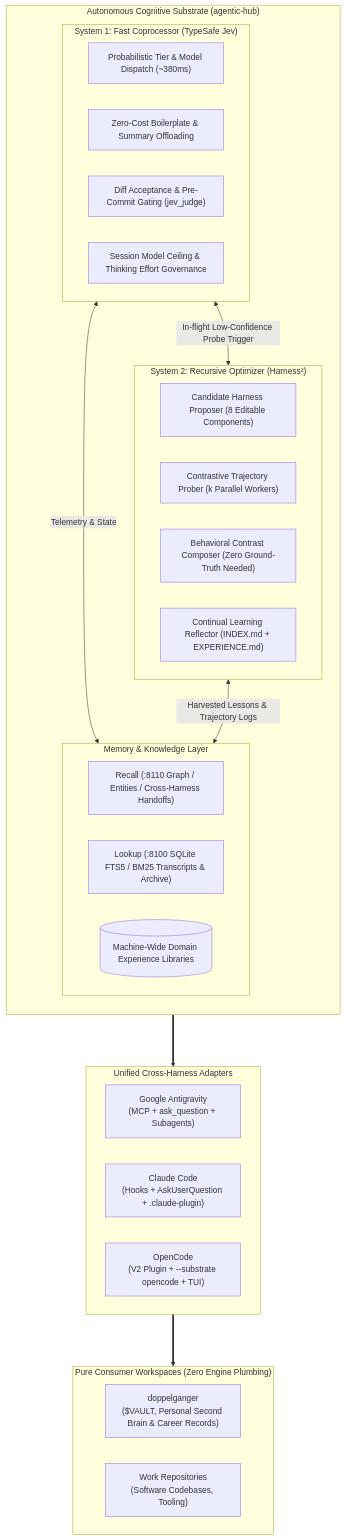
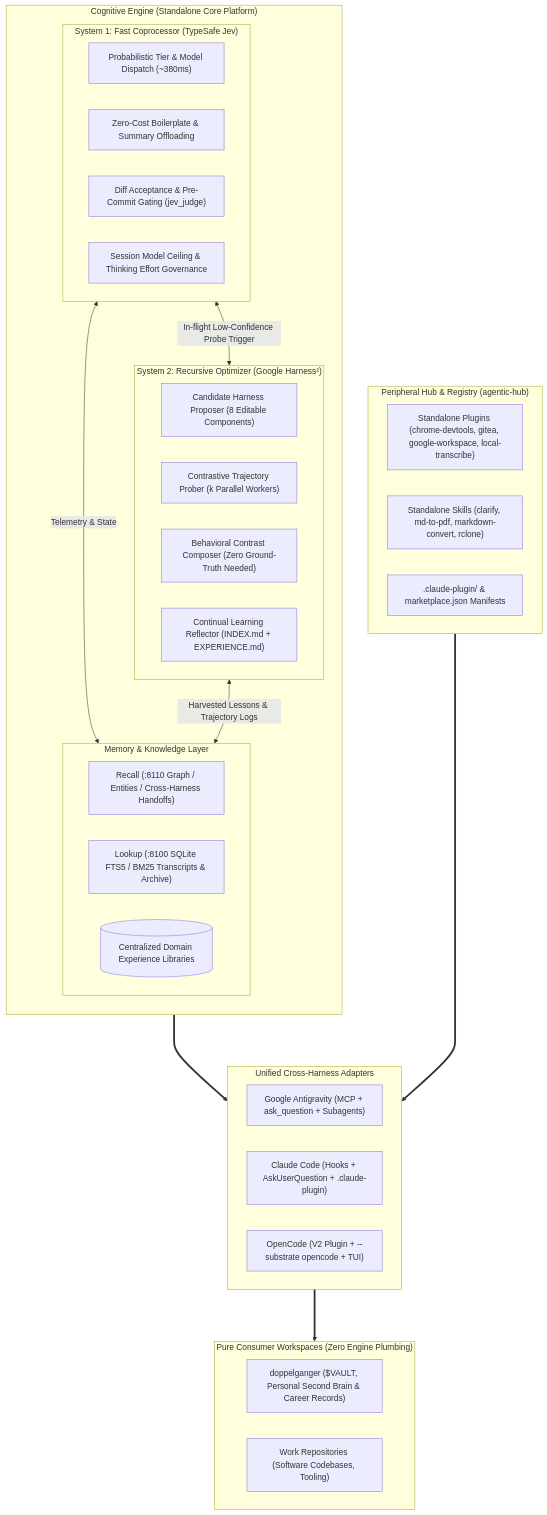
The diagram in docs/rfc/001-harness2-jev-unified-cognitive-substrate.md (rockad/agentic-hub), drawn with Mermaid before and after one commit. The commit also changed other lines of this file, not shown here.

Commit message:
docs(rfc): formalize Cognitive Engine architecture and agentic-hub positioning

````diff
--- a/docs/rfc/001-harness2-jev-unified-cognitive-substrate.md
+++ b/docs/rfc/001-harness2-jev-unified-cognitive-substrate.md
@@ -16,44 +20,51 @@
 ```mermaid
 flowchart TB
-    subgraph CognitivePlatform ["Autonomous Cognitive Substrate (agentic-hub)"]
+    subgraph CognitiveEngine ["Cognitive Engine (Standalone Core Platform)"]
         direction TB
         
         subgraph System1 ["System 1: Fast Coprocessor (TypeSafe Jev)"]
             Router["Probabilistic Tier & Model Dispatch (~380ms)"]
             FreeOffload["Zero-Cost Boilerplate & Summary Offloading"]
             QualityJudge["Diff Acceptance & Pre-Commit Gating (jev_judge)"]
             CeilingGuard["Session Model Ceiling & Thinking Effort Governance"]
         end
         
-        subgraph System2 ["System 2: Recursive Optimizer (Harness²)"]
+        subgraph System2 ["System 2: Recursive Optimizer (Google Harness²)"]
             Proposer["Candidate Harness Proposer (8 Editable Components)"]
             Prober["Contrastive Trajectory Prober (k Parallel Workers)"]
             Composer["Behavioral Contrast Composer (Zero Ground-Truth Needed)"]
             Reflector["Continual Learning Reflector (INDEX.md + EXPERIENCE.md)"]
         end
         
         subgraph MemoryEngine ["Memory & Knowledge Layer"]
             RecallDaemon["Recall (:8110 Graph / Entities / Cross-Harness Handoffs)"]
             LookupDaemon["Lookup (:8100 SQLite FTS5 / BM25 Transcripts & Archive)"]
-            DomainExp[("Machine-Wide Domain Experience Libraries")]
+            DomainExp[("Centralized Domain Experience Libraries")]
         end
         
         System1 <-->|In-flight Low-Confidence Probe Trigger| System2
         System1 <-->|Telemetry & State| MemoryEngine
         System2 <-->|Harvested Lessons & Trajectory Logs| MemoryEngine
     end
 
+    subgraph Peripherals ["Peripheral Hub & Registry (agentic-hub)"]
+        PluginsRegistry["Standalone Plugins (chrome-devtools, gitea, google-workspace, local-transcribe)"]
+        SkillsRegistry["Standalone Skills (clarify, md-to-pdf, markdown-convert, rclone)"]
+        Marketplace[".claude-plugin/ & marketplace.json Manifests"]
+    end
+
     subgraph ConsumerRuntimes ["Unified Cross-Harness Adapters"]
-        AGY["Google Antigravity<br>(MCP + ask_question + Subagents)"]
-        Claude["Claude Code<br>(Hooks + AskUserQuestion + .claude-plugin)"]
-        OpenCode["OpenCode<br>(V2 Plugin + --substrate opencode + TUI)"]
+        AGY["Google Antigravity (MCP + ask_question + Subagents)"]
+        Claude["Claude Code (Hooks + AskUserQuestion + .claude-plugin)"]
+        OpenCode["OpenCode (V2 Plugin + --substrate opencode + TUI)"]
     end
 
     subgraph Workspaces ["Pure Consumer Workspaces (Zero Engine Plumbing)"]
-        Doppelganger["doppelganger<br>($VAULT, Personal Second Brain & Career Records)"]
-        WorkRepos["Work Repositories<br>(Software Codebases, Tooling)"]
+        Doppelganger["doppelganger ($VAULT, Personal Second Brain & Career Records)"]
+        WorkRepos["Work Repositories (Software Codebases, Tooling)"]
     end
 
-    CognitivePlatform ===> ConsumerRuntimes
+    CognitiveEngine ===> ConsumerRuntimes
+    Peripherals ===> ConsumerRuntimes
     ConsumerRuntimes ===> Workspaces
 ```
````
